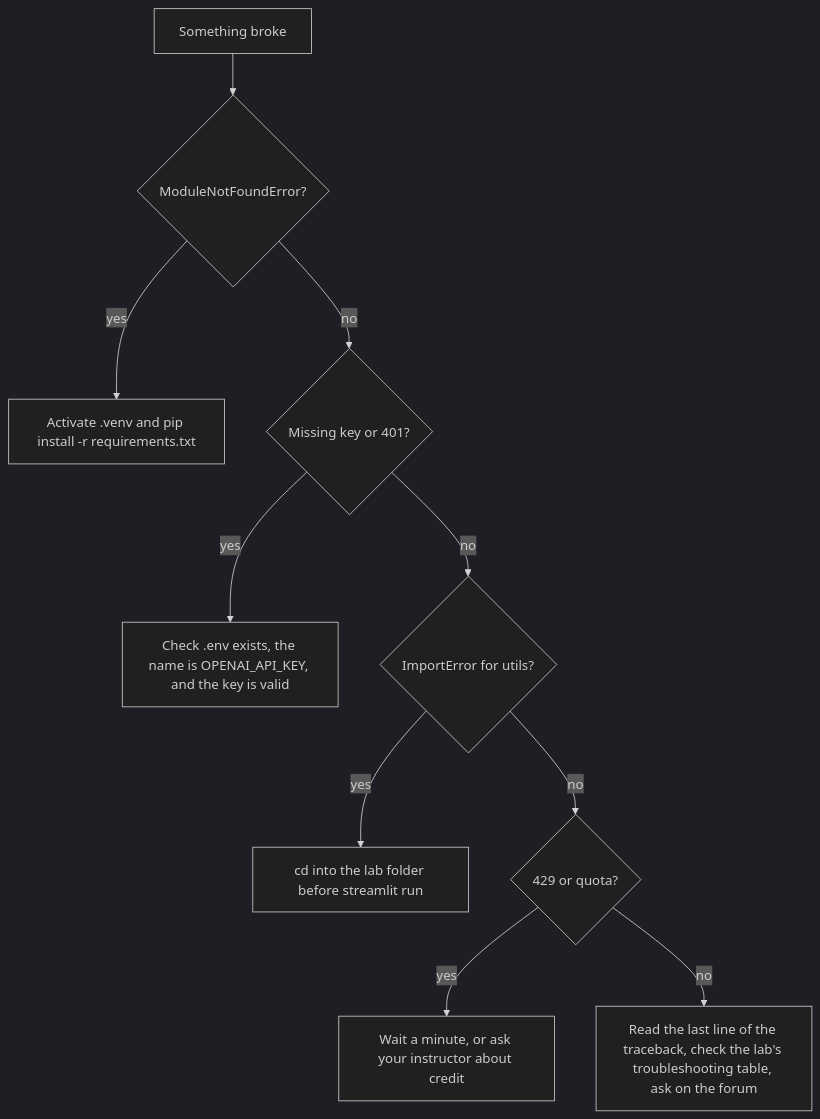
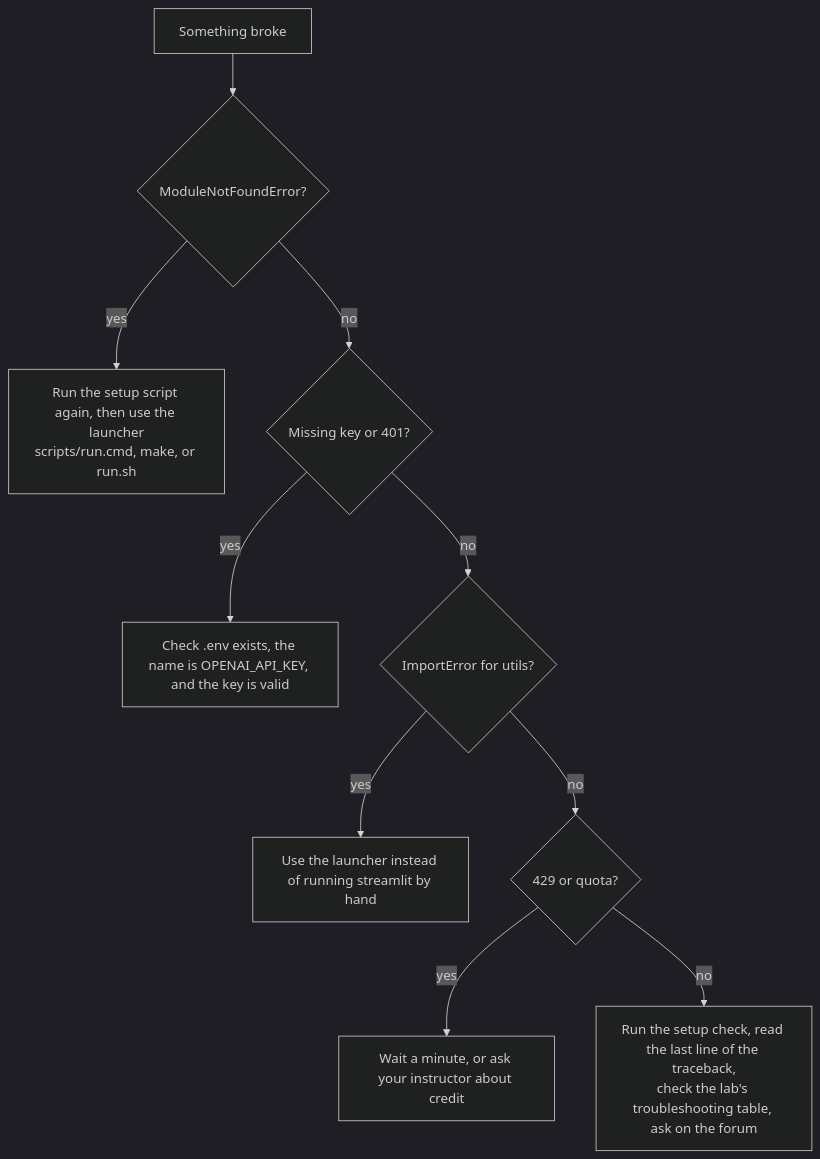
Before and after one commit to iportilla/5350-chatbot: the second of 2 diagrams in guides/STUDENT_GUIDE.md, drawn with Mermaid (dark theme). The commit also changed other lines of this file and 21 other files, not shown here.

First line of the commit message:
Add cross-platform setup: scripts, run.py launcher, Docker, Makefile

````diff
--- a/guides/STUDENT_GUIDE.md
+++ b/guides/STUDENT_GUIDE.md
@@ -130,12 +280,12 @@
 ```mermaid
 flowchart TD
     E["Something broke"] --> Q1{"ModuleNotFoundError?"}
-    Q1 -- yes --> F1["Activate .venv and pip install -r requirements.txt"]
+    Q1 -- yes --> F1["Run the setup script again, then use the launcher<br/>scripts/run.cmd, make, or run.sh"]
     Q1 -- no --> Q2{"Missing key or 401?"}
     Q2 -- yes --> F2["Check .env exists, the name is OPENAI_API_KEY, and the key is valid"]
     Q2 -- no --> Q3{"ImportError for utils?"}
-    Q3 -- yes --> F3["cd into the lab folder before streamlit run"]
+    Q3 -- yes --> F3["Use the launcher instead of running streamlit by hand"]
     Q3 -- no --> Q4{"429 or quota?"}
     Q4 -- yes --> F4["Wait a minute, or ask your instructor about credit"]
-    Q4 -- no --> F5["Read the last line of the traceback, check the lab's troubleshooting table, ask on the forum"]
+    Q4 -- no --> F5["Run the setup check, read the last line of the traceback,<br/>check the lab's troubleshooting table, ask on the forum"]
 ```
````
